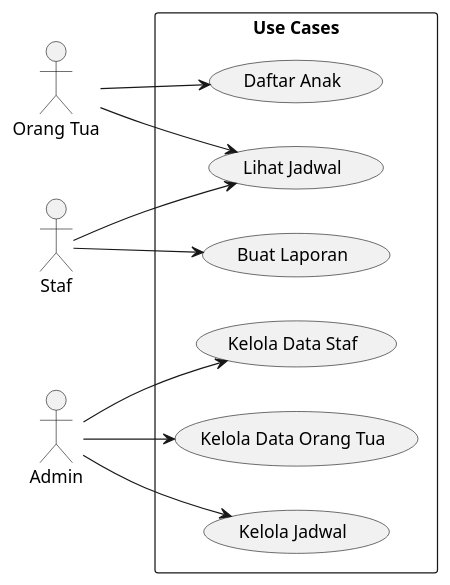
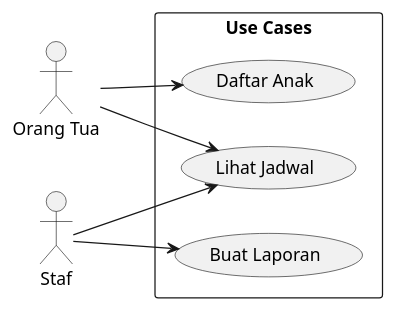
Before and after one commit to ZIDANIDROS/UniversityTask: the diagram in sems4/APBO/usecase.plantuml, drawn with PlantUML. The commit also changed 1 other file, not shown here.

```diff
--- a/sems4/APBO/usecase.plantuml
+++ b/sems4/APBO/usecase.plantuml
@@ -1,29 +1,21 @@
 @startuml DaycareUseCase
 
 left to right direction
 skinparam packageStyle rectangle
 
 actor "Orang Tua" as OrangTua
 actor "Staf" as Staf
-actor "Admin" as Admin
 
 rectangle "Use Cases" {
   usecase "Daftar Anak" as DaftarAnak
   usecase "Lihat Jadwal" as LihatJadwal
   usecase "Buat Laporan" as BuatLaporan
-  usecase "Kelola Data Staf" as KelolaDataStaf
-  usecase "Kelola Data Orang Tua" as KelolaDataOrangTua
-  usecase "Kelola Jadwal" as KelolaJadwal
 
   OrangTua --> DaftarAnak
   OrangTua --> LihatJadwal
 
   Staf --> LihatJadwal
   Staf --> BuatLaporan
-
-  Admin --> KelolaDataStaf
-  Admin --> KelolaDataOrangTua
-  Admin --> KelolaJadwal
 }
 
 @enduml
```
